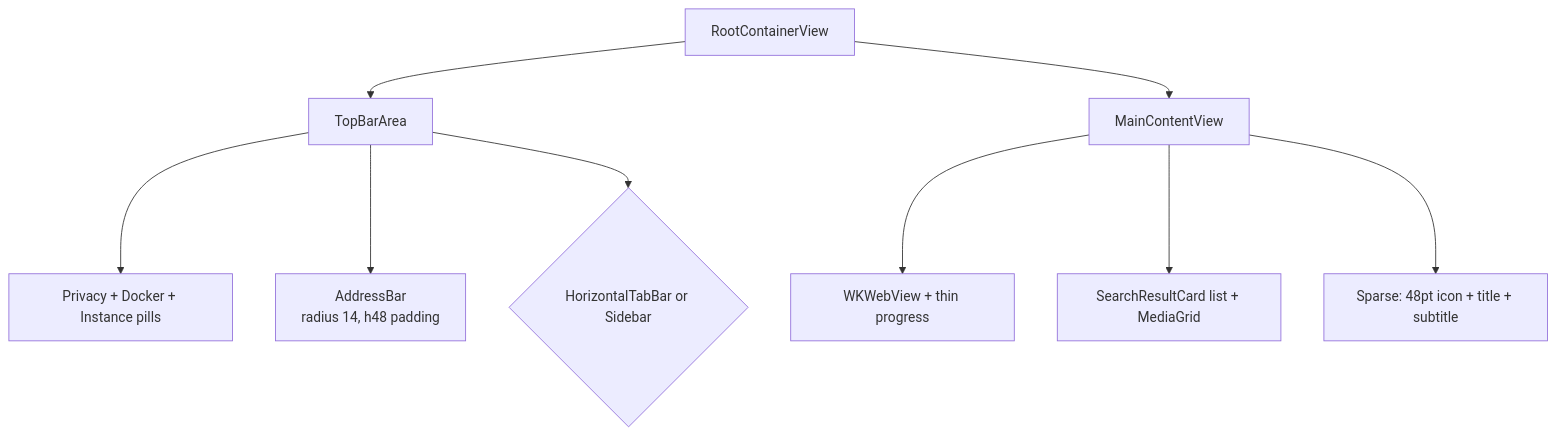
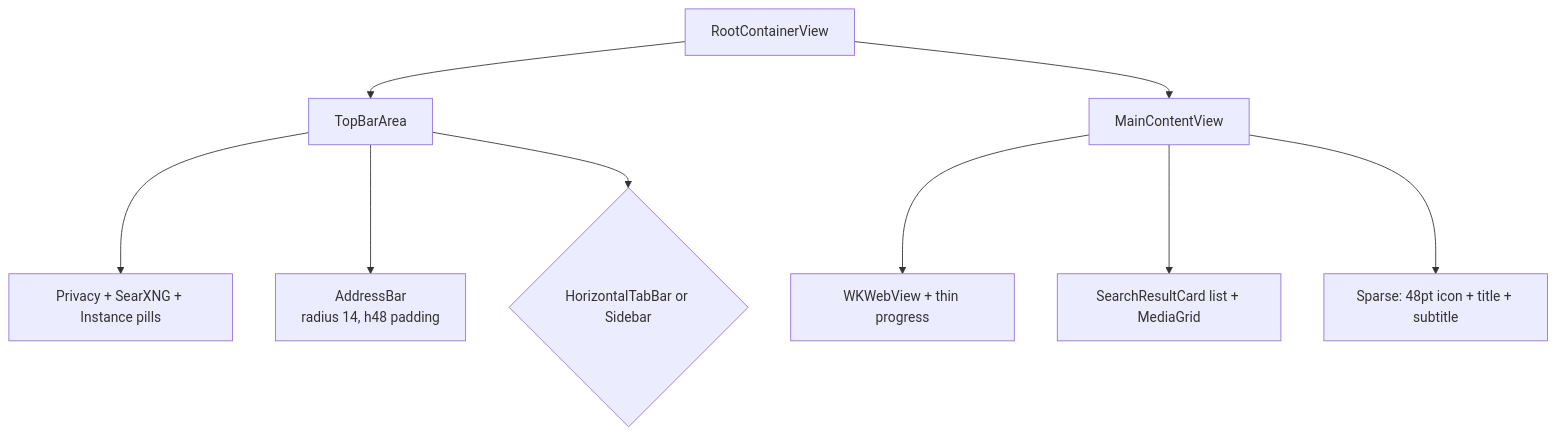
One commit to Searxly/Searxly-source-code changed the first of 2 diagrams in DESIGN-PREMIUM.md. Above: the diagram before and after it, drawn with Mermaid. The commit also changed other lines of this file and 40 other files, not shown here.

````diff
--- a/DESIGN-PREMIUM.md
+++ b/DESIGN-PREMIUM.md
@@ -276,11 +276,11 @@
 ```mermaid
 graph TD
     Root[RootContainerView] --> Top[TopBarArea]
-    Top --> Badges[Privacy + Docker + Instance pills]
+    Top --> Badges[Privacy + SearXNG + Instance pills]
     Top --> Addr[AddressBar<br/>radius 14, h48 padding]
     Top --> Tabs{HorizontalTabBar or Sidebar}
     Root --> Main[MainContentView]
     Main --> Web[WKWebView + thin progress]
     Main --> Results[SearchResultCard list + MediaGrid]
     Main --> Home[Sparse: 48pt icon + title + subtitle]
 ```
````
